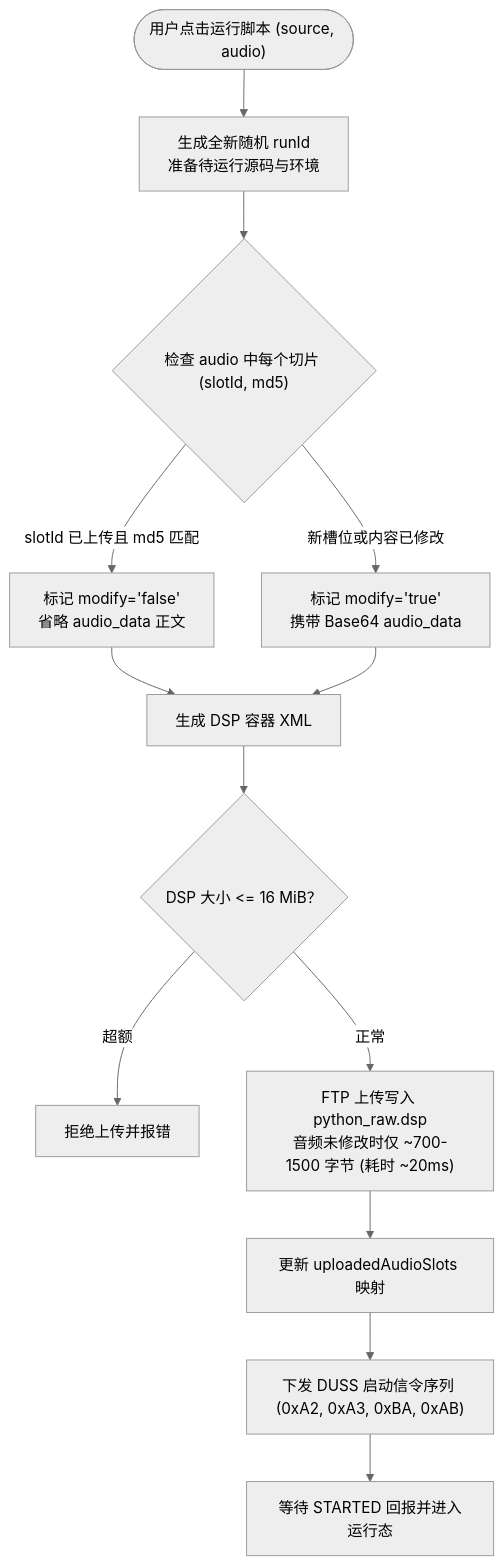
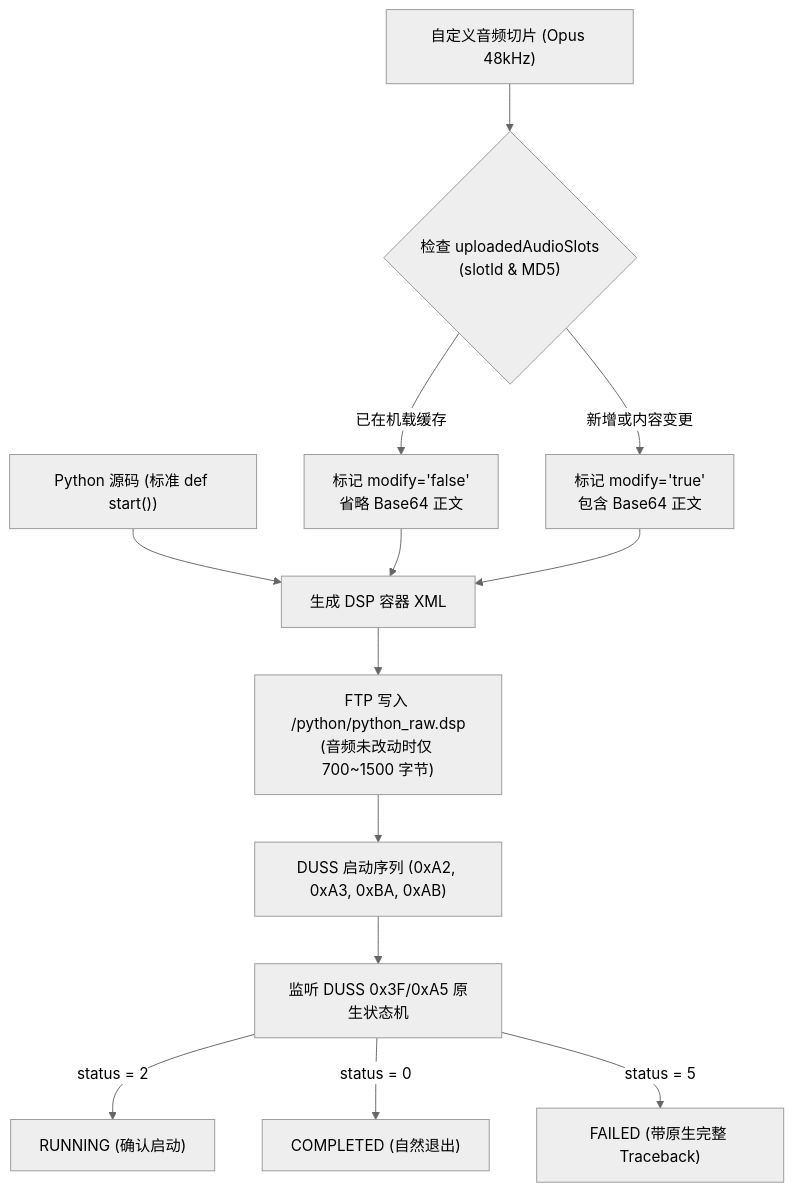
Before and after one commit to elonzh/hanppie: the sixth of 9 diagrams in docs/architecture.md, drawn with Mermaid (neutral theme). The commit also changed other lines of this file and 1 other file, not shown here.

````diff
--- a/docs/architecture.md
+++ b/docs/architecture.md
@@ -145,15 +275,15 @@
 ```mermaid
 flowchart TD
-    Start(["用户点击运行脚本 (source, audio)"]) --> GenId["生成全新随机 runId<br/>准备待运行源码与环境"]
-    GenId --> CheckClips{"检查 audio 中每个切片 (slotId, md5)"}
-    CheckClips -- "slotId 已上传且 md5 匹配" --> NodeCached["标记 modify='false'<br/>省略 audio_data 正文"]
-    CheckClips -- "新槽位或内容已修改" --> NodeFull["标记 modify='true'<br/>携带 Base64 audio_data"]
-    NodeCached --> BuildDSP["生成 DSP 容器 XML"]
-    NodeFull --> BuildDSP
-    BuildDSP --> CheckSize{"DSP 大小 <= 16 MiB？"}
-    CheckSize -- "超额" --> Reject["拒绝上传并报错"]
-    CheckSize -- "正常" --> UploadFTP["FTP 上传写入 python_raw.dsp<br/>音频未修改时仅 ~700-1500 字节 (耗时 ~20ms)"]
-    UploadFTP --> UpdateSlots["更新 uploadedAudioSlots 映射"]
-    UpdateSlots --> StartExec["下发 DUSS 启动信令序列 (0xA2, 0xA3, 0xBA, 0xAB)"]
-    StartExec --> Running["等待 STARTED 回报并进入运行态"]
+    SCRIPT["Python 源码 (标准 def start())"] --> PACK["生成 DSP 容器 XML"]
+    AUDIO["自定义音频切片 (Opus 48kHz)"] --> CACHE_CHECK{"检查 uploadedAudioSlots<br/>(slotId & MD5)"}
+    CACHE_CHECK -- " 已在机载缓存 " --> XML_STUB["标记 modify='false'<br/>省略 Base64 正文"]
+    CACHE_CHECK -- " 新增或内容变更 " --> XML_FULL["标记 modify='true'<br/>包含 Base64 正文"]
+    XML_STUB --> PACK
+    XML_FULL --> PACK
+    PACK --> FTP_UP["FTP 写入 /python/python_raw.dsp<br/>(音频未改动时仅 700~1500 字节)"]
+    FTP_UP --> DUSS_RUN["DUSS 启动序列 (0xA2, 0xA3, 0xBA, 0xAB)"]
+    DUSS_RUN --> MONITOR["监听 DUSS 0x3F/0xA5 原生状态机"]
+    MONITOR -->|status = 2| RUNNING["RUNNING (确认启动)"]
+    MONITOR -->|status = 0| COMPLETED["COMPLETED (自然退出)"]
+    MONITOR -->|status = 5| FAILED["FAILED (带原生完整 Traceback)"]
 ```
````
